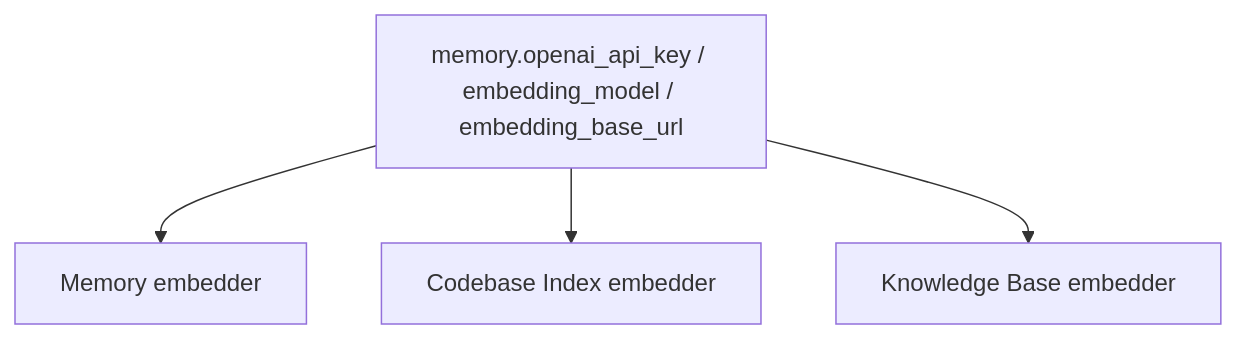
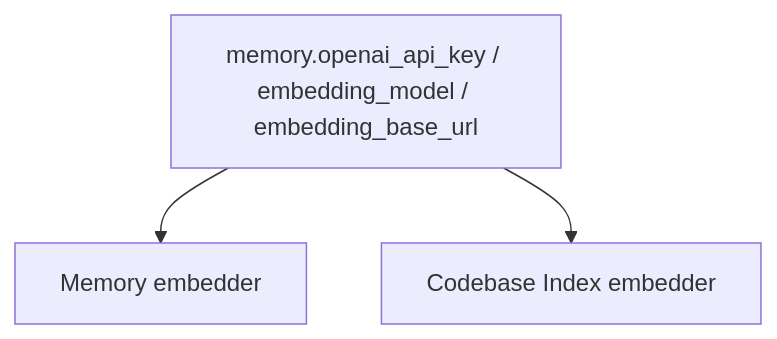
The diagram in docs/00-current-state-and-verification.md (Forest-Isle/daimon), drawn with Mermaid before and after one commit. The commit also changed other lines of this file and 72 other files, not shown here.

First line of the commit message:
refactor: remove Knowledge Base and Knowledge Graph subsystems

````diff
--- a/docs/00-current-state-and-verification.md
+++ b/docs/00-current-state-and-verification.md
@@ -41,7 +41,6 @@
 ```mermaid
 flowchart TB
     Config[memory.openai_api_key / embedding_model / embedding_base_url]
     Config --> Memory[Memory embedder]
     Config --> CodeIndex[Codebase Index embedder]
-    Config --> Knowledge[Knowledge Base embedder]
 ```
````
